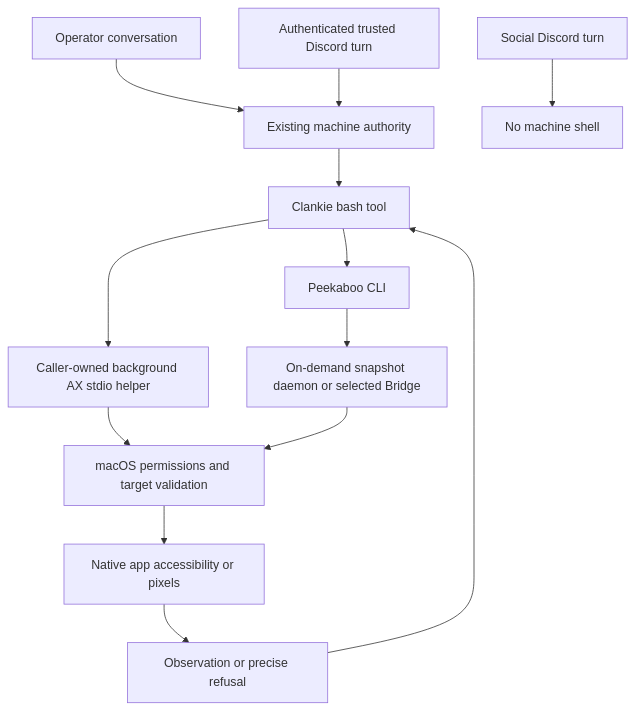
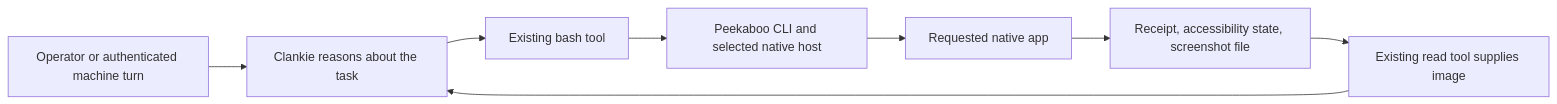
Before and after one commit to Volpestyle/clankie: the diagram in docs/desktop-control.md, drawn with Mermaid. The commit also changed other lines of this file and 13 other files, not shown here.

Commit message:
Replace app-specific desktop helper with general Peekaboo workflow

````diff
--- a/docs/desktop-control.md
+++ b/docs/desktop-control.md
@@ -153,15 +16,10 @@
 ```mermaid
-flowchart TD
-  O[Operator conversation] --> A[Existing machine authority]
-  D[Authenticated trusted Discord turn] --> A
-  S[Social Discord turn] --> N[No machine shell]
-  A --> B[Clankie bash tool]
-  B --> C[Peekaboo CLI]
-  B --> L[Caller-owned background AX stdio helper]
-  L --> P
-  C --> H[On-demand snapshot daemon or selected Bridge]
-  H --> P[macOS permissions and target validation]
-  P --> X[Native app accessibility or pixels]
-  X --> R[Observation or precise refusal]
-  R --> B
+flowchart LR
+  O[Operator or authenticated machine turn] --> C[Clankie reasons about the task]
+  C --> B[Existing bash tool]
+  B --> P[Peekaboo CLI and selected native host]
+  P --> T[Requested native app]
+  T --> R[Receipt, accessibility state, screenshot file]
+  R --> I[Existing read tool supplies image]
+  I --> C
 ```
````
